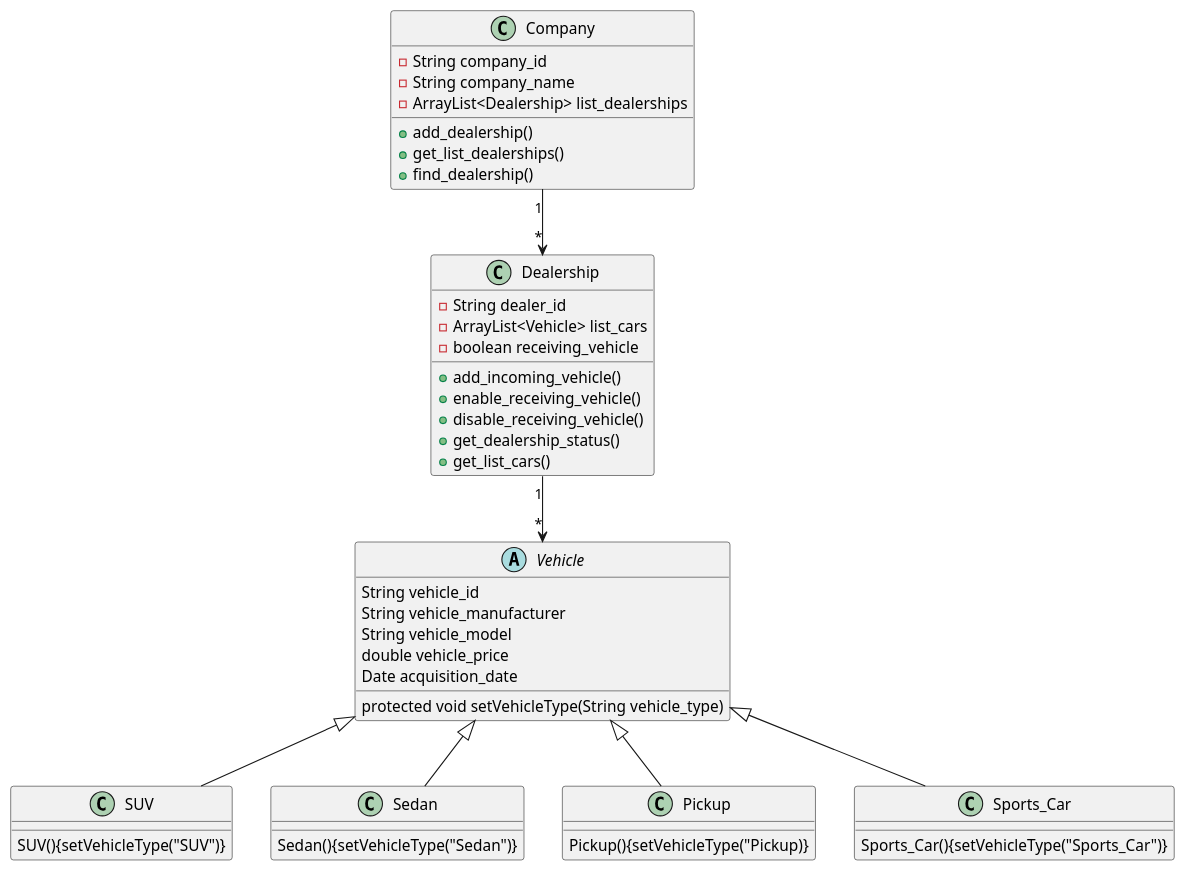
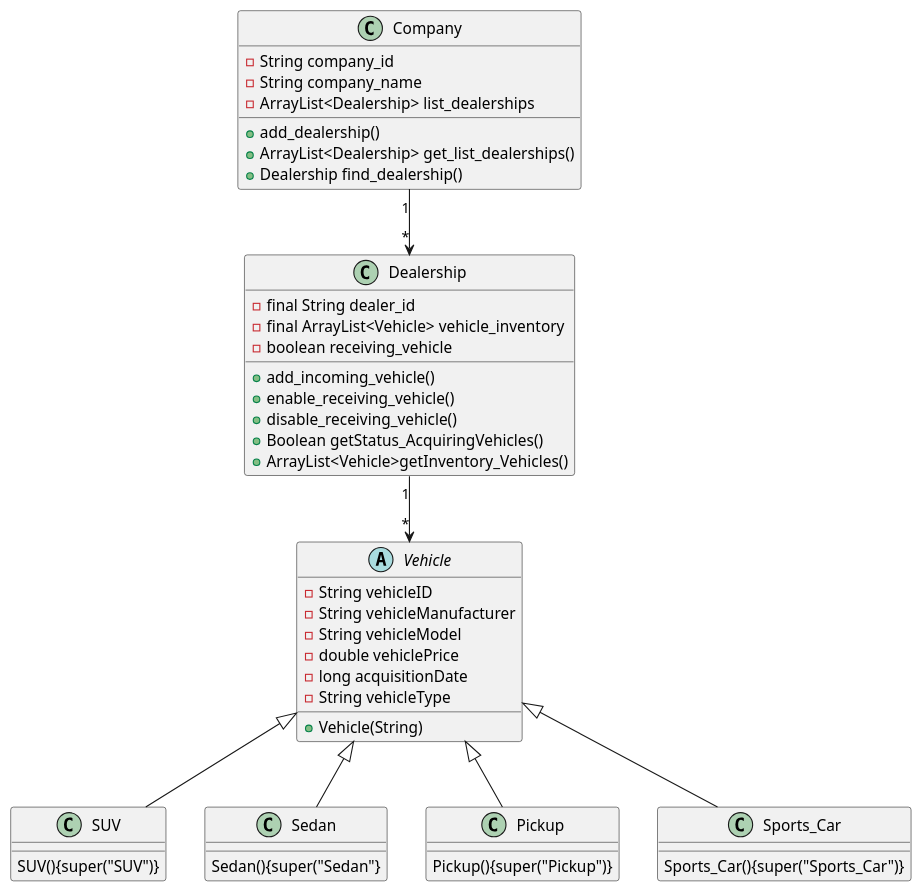
Before and after one commit to csengelhart/Car-Dealership-Tracking: the diagram in UMLdiagrams/Class_Diagram_Car_Dealership.puml, drawn with PlantUML. The commit also changed other lines of this file, not shown here.

Commit message:
Updated class diagram to reflect current state of project.

```diff
--- a/UMLdiagrams/Class_Diagram_Car_Dealership.puml
+++ b/UMLdiagrams/Class_Diagram_Car_Dealership.puml
@@ -1,54 +3,56 @@
 @startuml
 'https://plantuml.com/class-diagram
 class Company {
     -String company_id
     -String company_name
     -ArrayList<Dealership> list_dealerships
 
     +add_dealership()
-    +get_list_dealerships()
-    +find_dealership()
+    +ArrayList<Dealership> get_list_dealerships()
+    +Dealership find_dealership()
 
 }
 
 class Dealership {
-    -String dealer_id
-    -ArrayList<Vehicle> list_cars
+    -final String dealer_id
+    -final ArrayList<Vehicle> vehicle_inventory
     -boolean receiving_vehicle
 
      +add_incoming_vehicle()
      +enable_receiving_vehicle()
      +disable_receiving_vehicle()
-     +get_dealership_status()
-     +get_list_cars()
+     +Boolean getStatus_AcquiringVehicles()
+     +ArrayList<Vehicle>getInventory_Vehicles()
 }
 
 abstract class Vehicle{
-    String vehicle_id
-    String vehicle_manufacturer
-    String vehicle_model
-    double vehicle_price
-    Date acquisition_date
-    protected void setVehicleType(String vehicle_type)
+    -String vehicleID
+    -String vehicleManufacturer
+    -String vehicleModel
+    -double vehiclePrice
+    -long acquisitionDate
+    -String vehicleType
+    +Vehicle(String)
 }
 
 class SUV extends Vehicle
 {
-    SUV(){setVehicleType("SUV")}
+    SUV(){super("SUV")}
 }
 class Sedan extends Vehicle
 {
-    Sedan(){setVehicleType("Sedan")}
+    Sedan(){super("Sedan"}
 }
 class Pickup extends Vehicle
 {
-    Pickup(){setVehicleType("Pickup)}
+    Pickup(){super("Pickup")}
 }
 class Sports_Car extends Vehicle
 {
-    Sports_Car(){setVehicleType("Sports_Car")}
+    Sports_Car(){super("Sports_Car")}
 }
+
 
 Dealership "1" --> "*" Vehicle
 Company "1" --> "*" Dealership
 @enduml
```
